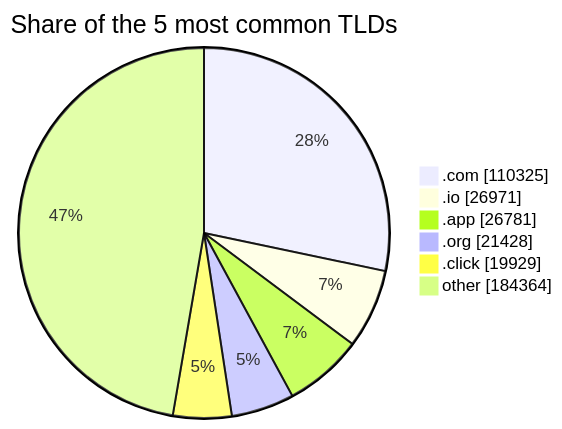
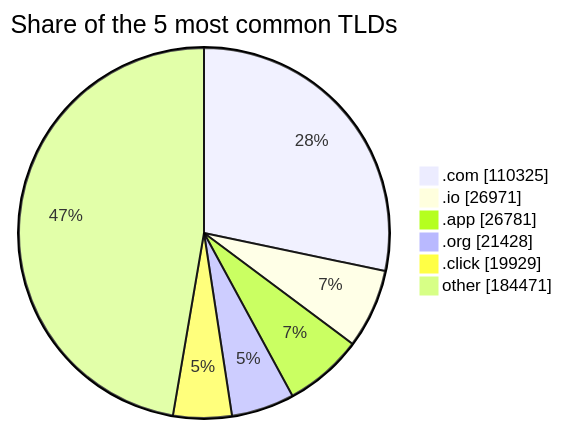
The third of 3 diagrams in README.md (DNSBunker/CTI), drawn with Mermaid before and after one commit. The commit also changed other lines of this file and 3 other files, not shown here.

````diff
--- a/README.md
+++ b/README.md
@@ -81,9 +81,9 @@
 ```mermaid
 pie showData title Share of the 5 most common TLDs
     ".com" : 110325
     ".io" : 26971
     ".app" : 26781
     ".org" : 21428
     ".click" : 19929
-    "other" : 184364
+    "other" : 184471
 ```
````
